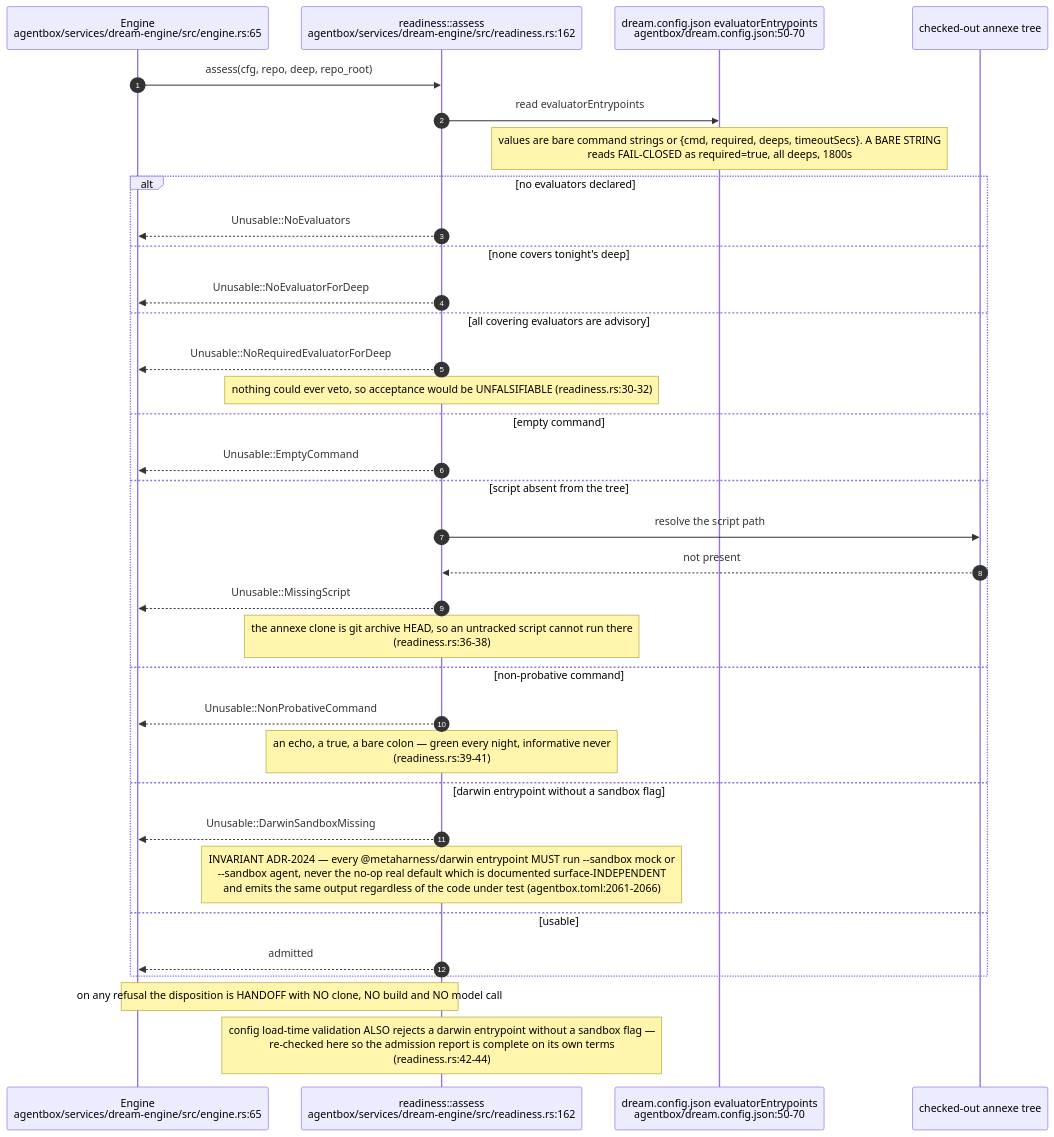
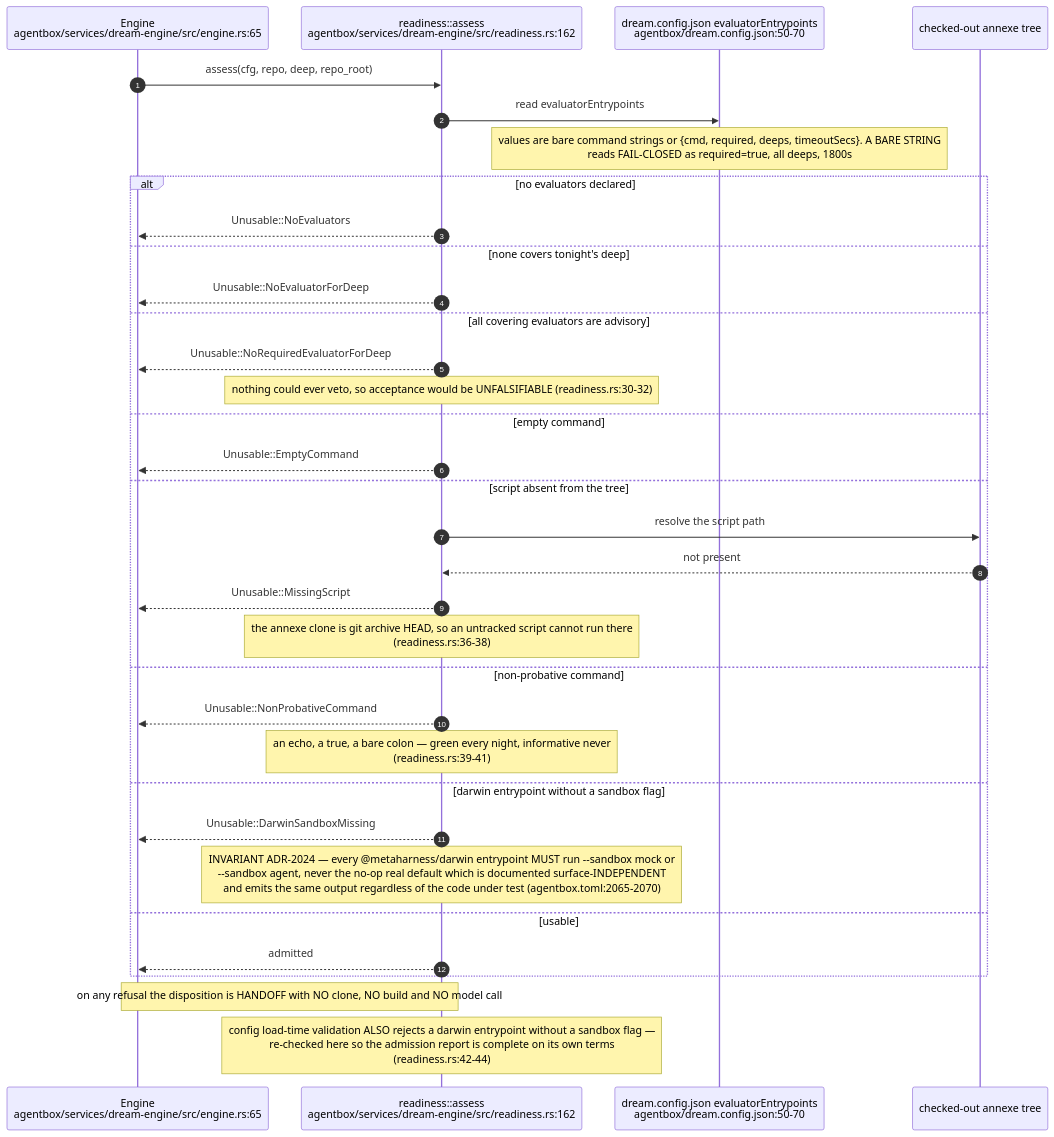
One commit to DreamLab-AI/VisionFlow changed the third of 19 diagrams in docs/diagrams/agentbox/23-dream-engine.md. Above: the diagram before and after it, drawn with Mermaid. The commit also changed other lines of this file and 31 other files, not shown here.

````diff
--- a/docs/diagrams/agentbox/23-dream-engine.md
+++ b/docs/diagrams/agentbox/23-dream-engine.md
@@ -184,37 +187,37 @@
 ```mermaid
 sequenceDiagram
     autonumber
     participant ENG as Engine<br/>agentbox/services/dream-engine/src/engine.rs:65
     participant RDY as readiness::assess<br/>agentbox/services/dream-engine/src/readiness.rs:162
     participant CFG as dream.config.json evaluatorEntrypoints<br/>agentbox/dream.config.json:50-70
     participant TREE as checked-out annexe tree
 
     ENG->>RDY: assess(cfg, repo, deep, repo_root)
     RDY->>CFG: read evaluatorEntrypoints
     Note over CFG: values are bare command strings or {cmd, required, deeps, timeoutSecs}. A BARE STRING<br/>reads FAIL-CLOSED as required=true, all deeps, 1800s
     alt no evaluators declared
         RDY-->>ENG: Unusable::NoEvaluators
     else none covers tonight's deep
         RDY-->>ENG: Unusable::NoEvaluatorForDeep
     else all covering evaluators are advisory
         RDY-->>ENG: Unusable::NoRequiredEvaluatorForDeep
         Note over RDY: nothing could ever veto, so acceptance would be UNFALSIFIABLE (readiness.rs:30-32)
     else empty command
         RDY-->>ENG: Unusable::EmptyCommand
     else script absent from the tree
         RDY->>TREE: resolve the script path
         TREE-->>RDY: not present
         RDY-->>ENG: Unusable::MissingScript
         Note over RDY: the annexe clone is git archive HEAD, so an untracked script cannot run there<br/>(readiness.rs:36-38)
     else non-probative command
         RDY-->>ENG: Unusable::NonProbativeCommand
         Note over RDY: an echo, a true, a bare colon — green every night, informative never<br/>(readiness.rs:39-41)
     else darwin entrypoint without a sandbox flag
         RDY-->>ENG: Unusable::DarwinSandboxMissing
-        Note over RDY: INVARIANT ADR-2024 — every @metaharness/darwin entrypoint MUST run --sandbox mock or<br/>--sandbox agent, never the no-op real default which is documented surface-INDEPENDENT<br/>and emits the same output regardless of the code under test (agentbox.toml:2061-2066)
+        Note over RDY: INVARIANT ADR-2024 — every @metaharness/darwin entrypoint MUST run --sandbox mock or<br/>--sandbox agent, never the no-op real default which is documented surface-INDEPENDENT<br/>and emits the same output regardless of the code under test (agentbox.toml:2065-2070)
     else usable
         RDY-->>ENG: admitted
     end
     Note over ENG,RDY: on any refusal the disposition is HANDOFF with NO clone, NO build and NO model call
     Note over RDY: config load-time validation ALSO rejects a darwin entrypoint without a sandbox flag —<br/>re-checked here so the admission report is complete on its own terms<br/>(readiness.rs:42-44)
 ```
````
